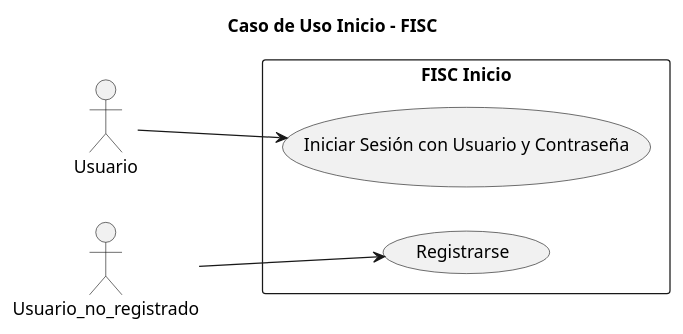
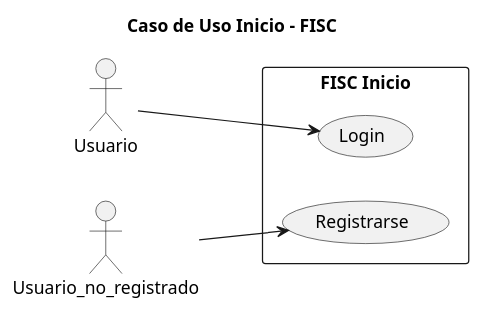
One commit to mmasias/23-24-IdSw1-SDR changed the diagram in casosDeUso/casoUsoInicio.puml. Above: the diagram before and after it, drawn with PlantUML. The commit also changed 11 other files, not shown here.

```diff
--- a/casosDeUso/casoUsoInicio.puml
+++ b/casosDeUso/casoUsoInicio.puml
@@ -1,18 +1,18 @@
 @startuml
 
 title Caso de Uso Inicio - FISC
 
 left to right direction
 
 actor Usuario as user
 actor Usuario_no_registrado as user1
 
 rectangle "FISC Inicio" {
-    usecase "Iniciar Sesión con Usuario y Contraseña" as login
+    usecase "Login" as login
     usecase "Registrarse" as registro
 }
 
 user --> login : ""
 user1 --> registro : ""
 
 @enduml
```
